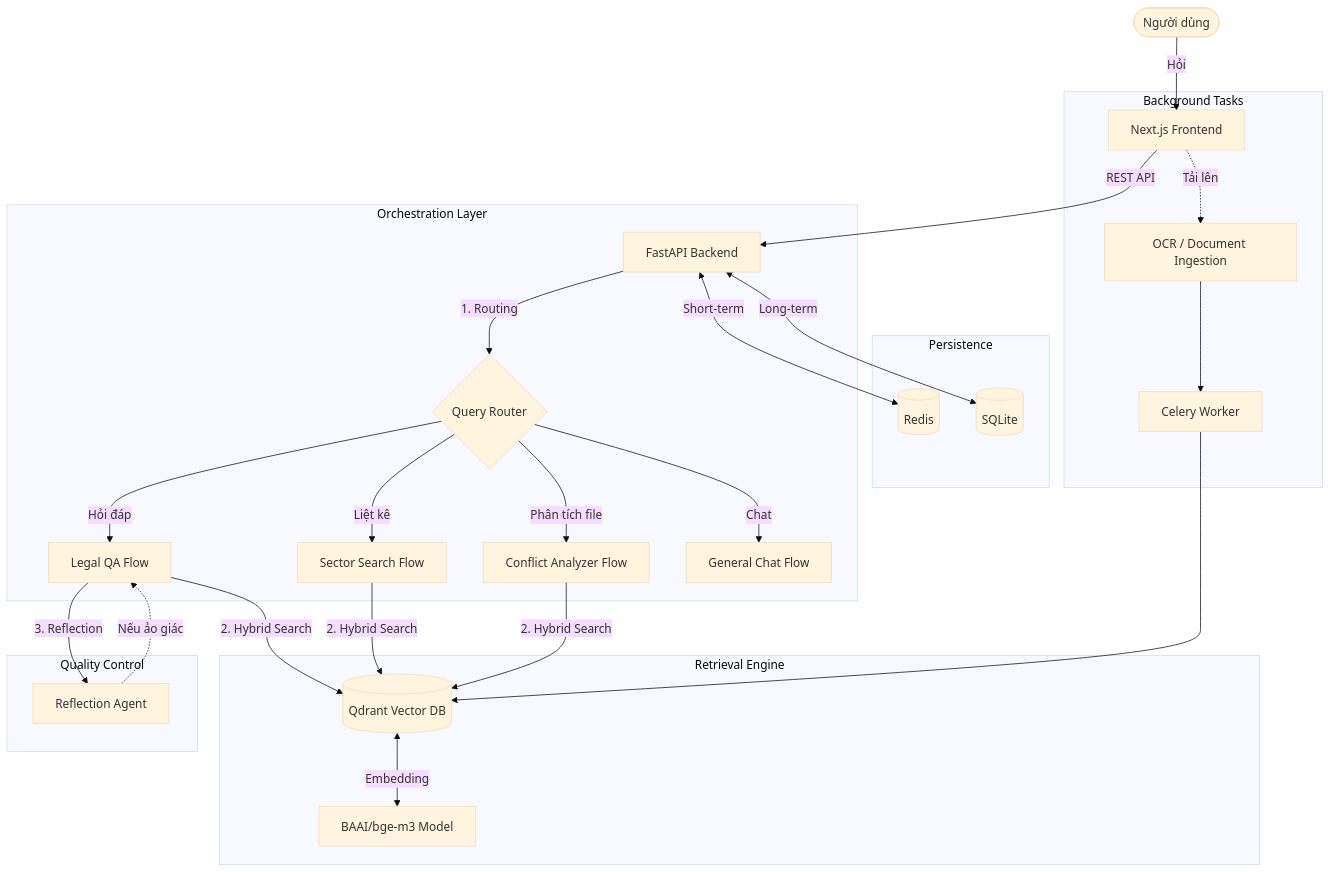
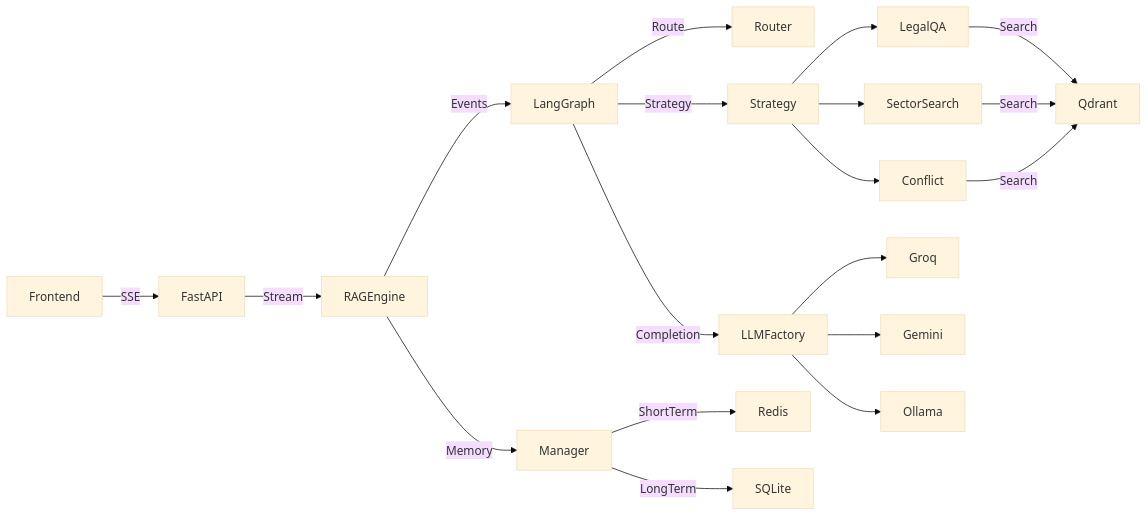
Before and after one commit to ngnam1104/Legal-RAG: the first of 2 diagrams in README.md, drawn with Mermaid (base theme). The commit also changed other lines of this file and 192 other files, not shown here.

Commit message:
Migration prepare: Consolidation and architecture refinement

````diff
--- a/README.md
+++ b/README.md
@@ -25,34 +26,21 @@
 ```mermaid
-graph TD
-    User([Người dùng]) -->|Hỏi| UI[Next.js Frontend]
-    UI -->|REST API| API[FastAPI Backend]
-    
-    subgraph "Orchestration Layer"
-        API -->|1. Routing| Router{Query Router}
-        Router -->|Hỏi đáp| QA[Legal QA Flow]
-        Router -->|Liệt kê| Sector[Sector Search Flow]
-        Router -->|Phân tích file| Conflict[Conflict Analyzer Flow]
-        Router -->|Chat| General[General Chat Flow]
-    end
-    
-    subgraph "Retrieval Engine"
-        QA & Sector & Conflict -->|2. Hybrid Search| Qdrant[(Qdrant Vector DB)]
-        Qdrant <-->|Embedding| Embed[BAAI/bge-m3 Model]
-    end
-    
-    subgraph "Quality Control"
-        QA -->|3. Reflection| ReflAgent[Reflection Agent]
-        ReflAgent -.->|Nếu ảo giác| QA
-    end
-    
-    subgraph "Persistence"
-        API <-->|Short-term| Redis[(Redis)]
-        API <-->|Long-term| SQLite[(SQLite)]
-    end
-    
-    subgraph "Background Tasks"
-        UI -.->|Tải lên| Upload[OCR / Document Ingestion]
-        Upload --> Celery[Celery Worker]
-        Celery --> Qdrant
-    end
+graph LR
+    FE[Frontend] -->|SSE| API[FastAPI]
+    API -->|Stream| CE[RAGEngine]
+    CE -->|Events| LG[LangGraph]
+    LG -->|Route| R[Router]
+    LG -->|Strategy| STR[Strategy]
+    STR --> S1[LegalQA]
+    STR --> S2[SectorSearch]
+    STR --> S3[Conflict]
+    CE -->|Memory| MEM[Manager]
+    MEM -->|ShortTerm| REDIS[Redis]
+    MEM -->|LongTerm| SQL[SQLite]
+    S1 -->|Search| QD[Qdrant]
+    S2 -->|Search| QD
+    S3 -->|Search| QD
+    LG -->|Completion| LLM[LLMFactory]
+    LLM --> GROQ[Groq]
+    LLM --> GEMINI[Gemini]
+    LLM --> OLLAMA[Ollama]
 ```
````
